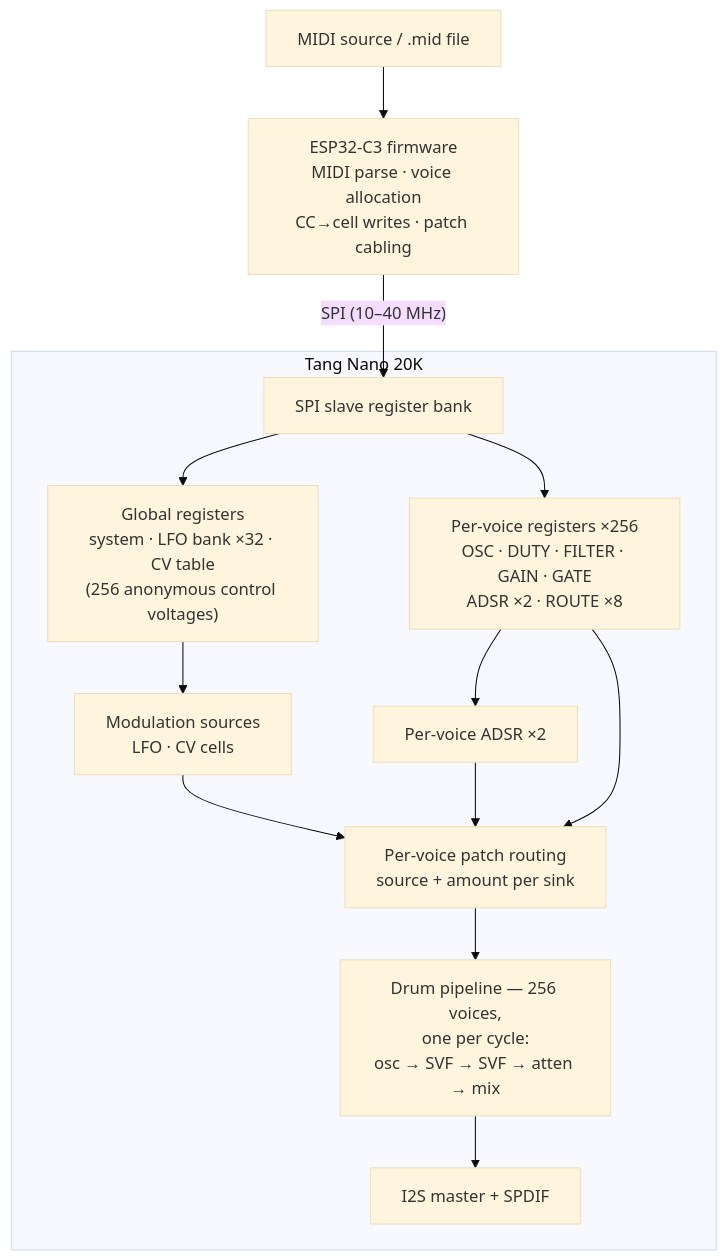
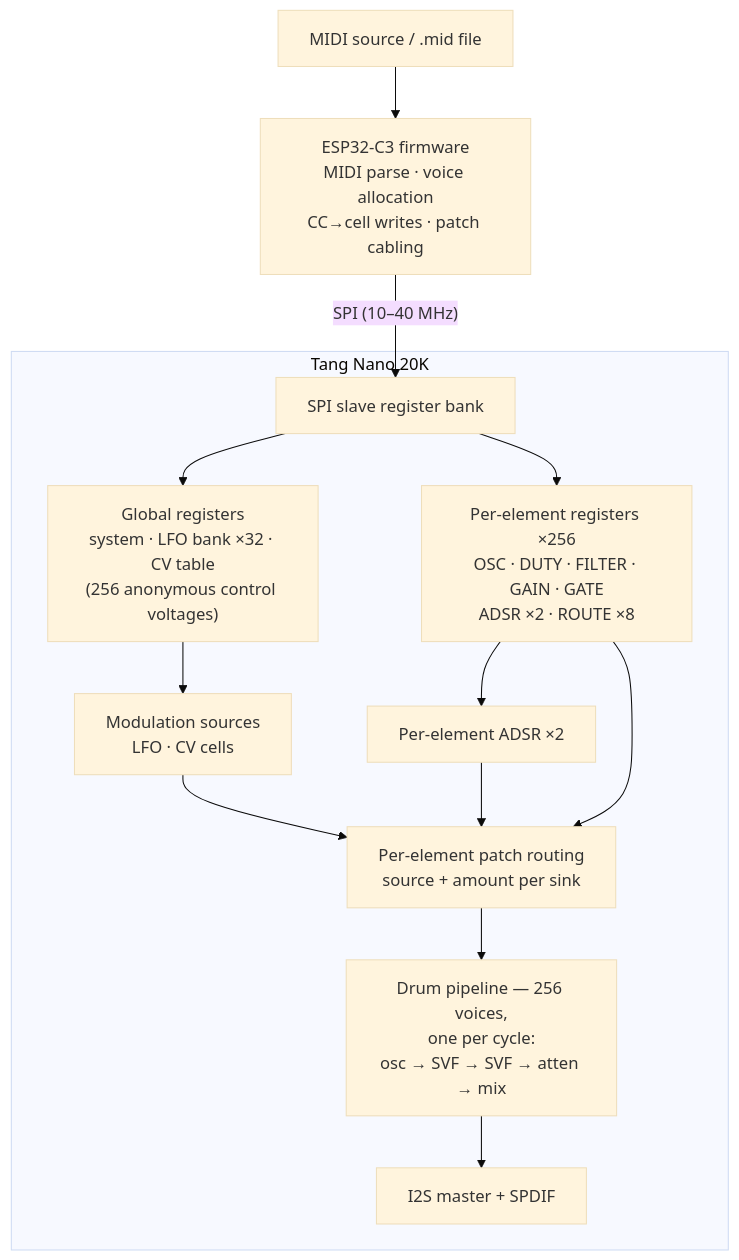
Before and after one commit to Thorwegian/noaidi-fpga-synth: the first of 2 diagrams in docs/memory_map.md, drawn with Mermaid (base theme). The commit also changed other lines of this file and 23 other files, not shown here.

````diff
--- a/docs/memory_map.md
+++ b/docs/memory_map.md
@@ -42,16 +42,16 @@
 ```mermaid
 flowchart TD
     MIDI["MIDI source / .mid file"] --> ESP["ESP32-C3 firmware<br/>MIDI parse · voice allocation<br/>CC→cell writes · patch cabling"]
     ESP -- "SPI (10–40 MHz)" --> SLAVE["SPI slave register bank"]
     subgraph FG["Tang Nano 20K"]
         SLAVE --> GLOB["Global registers<br/>system · LFO bank ×32 · CV table<br/>(256 anonymous control voltages)"]
-        SLAVE --> PV["Per-voice registers ×256<br/>OSC · DUTY · FILTER · GAIN · GATE<br/>ADSR ×2 · ROUTE ×8"]
+        SLAVE --> PV["Per-element registers ×256<br/>OSC · DUTY · FILTER · GAIN · GATE<br/>ADSR ×2 · ROUTE ×8"]
         GLOB --> SRC["Modulation sources<br/>LFO · CV cells"]
-        PV --> ADSR["Per-voice ADSR ×2"]
-        PV --> RT["Per-voice patch routing<br/>source + amount per sink"]
+        PV --> ADSR["Per-element ADSR ×2"]
+        PV --> RT["Per-element patch routing<br/>source + amount per sink"]
         SRC --> RT
         ADSR --> RT
         RT --> PIPE["Drum pipeline — 256 voices,<br/>one per cycle:<br/>osc → SVF → SVF → atten → mix"]
         PIPE --> OUT["I2S master + SPDIF"]
     end
 ```
````
